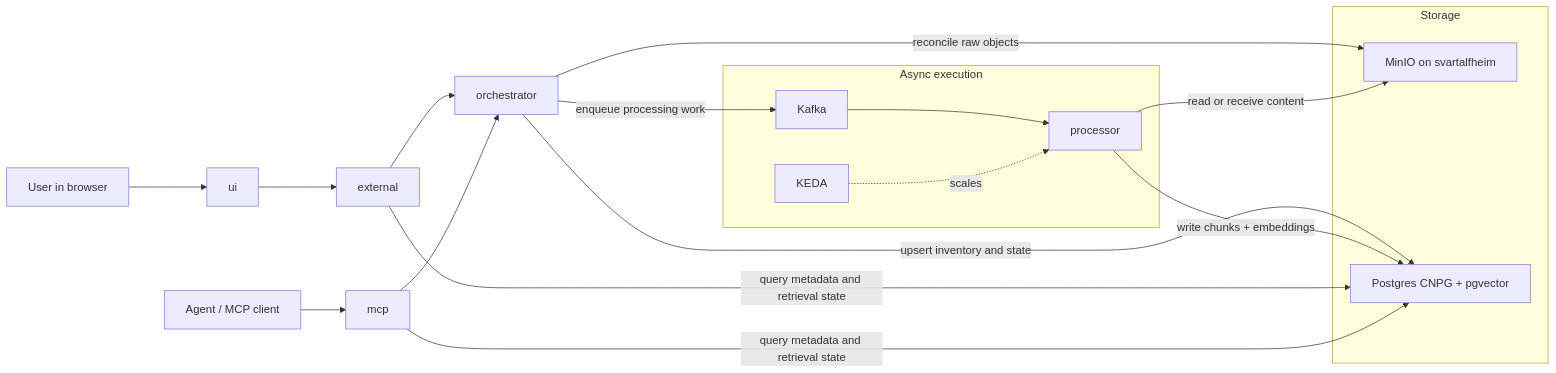
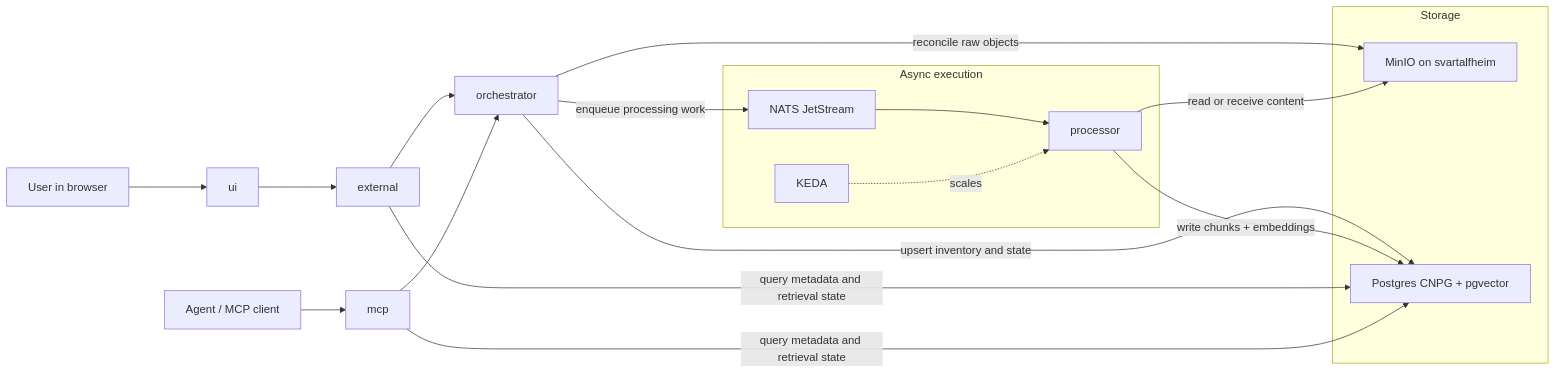
One commit to labiraus/homelab changed the diagram in docs/RAG.md. Above: the diagram before and after it, drawn with Mermaid. The commit also changed other lines of this file and 28 other files, not shown here.

First line of the commit message:
Refactor document processing to use NATS JetStream instead of Kafka

````diff
--- a/docs/RAG.md
+++ b/docs/RAG.md
@@ -15,31 +15,31 @@
 ```mermaid
 flowchart LR
   U[User in browser] --> UI[ui]
   UI --> EXT[external]
   A[Agent / MCP client] --> MCP[mcp]
 
   EXT --> ORCH[orchestrator]
   MCP --> ORCH
 
   subgraph Storage
     MINIO[MinIO on svartalfheim]
     PG[Postgres CNPG + pgvector]
   end
 
   subgraph Async execution
-    KAFKA[Kafka]
+    NATS[NATS JetStream]
     PROC[processor]
     KEDA[KEDA]
   end
 
   ORCH -->|reconcile raw objects| MINIO
   ORCH -->|upsert inventory and state| PG
-  ORCH -->|enqueue processing work| KAFKA
-  KAFKA --> PROC
+  ORCH -->|enqueue processing work| NATS
+  NATS --> PROC
   KEDA -. scales .-> PROC
   PROC -->|read or receive content| MINIO
   PROC -->|write chunks + embeddings| PG
 
   EXT -->|query metadata and retrieval state| PG
   MCP -->|query metadata and retrieval state| PG
 ```
````
